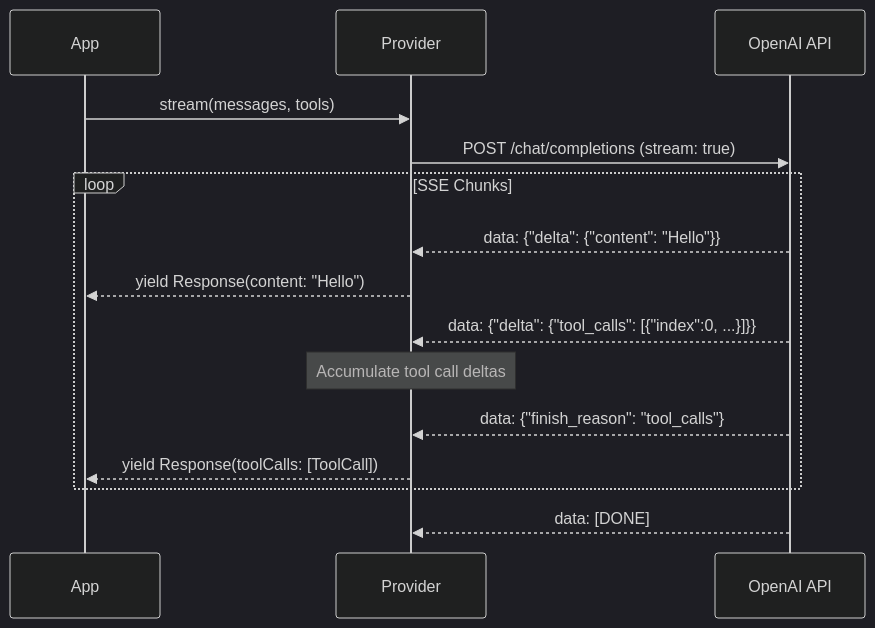
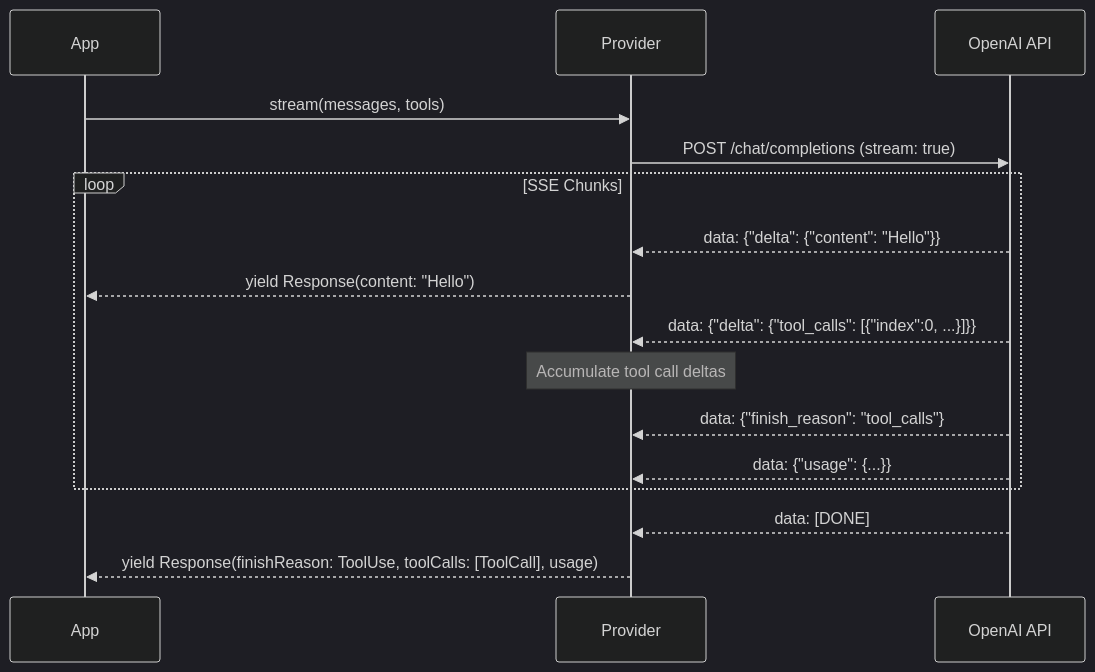
Before and after one commit to carmelosantana/php-agents: the first of 2 diagrams in docs/PROVIDERS.md, drawn with Mermaid (dark theme). The commit also changed other lines of this file and 11 other files, not shown here.

````diff
--- a/docs/PROVIDERS.md
+++ b/docs/PROVIDERS.md
@@ -134,22 +138,23 @@
 ```mermaid
 sequenceDiagram
     participant App
     participant Provider
     participant API as OpenAI API
 
     App->>Provider: stream(messages, tools)
     Provider->>API: POST /chat/completions (stream: true)
 
     loop SSE Chunks
         API-->>Provider: data: {"delta": {"content": "Hello"}}
         Provider-->>App: yield Response(content: "Hello")
 
         API-->>Provider: data: {"delta": {"tool_calls": [{"index":0, ...}]}}
         Note over Provider: Accumulate tool call deltas
 
         API-->>Provider: data: {"finish_reason": "tool_calls"}
-        Provider-->>App: yield Response(toolCalls: [ToolCall])
+        API-->>Provider: data: {"usage": {...}}
     end
 
     API-->>Provider: data: [DONE]
+    Provider-->>App: yield Response(finishReason: ToolUse, toolCalls: [ToolCall], usage)
 ```
````
